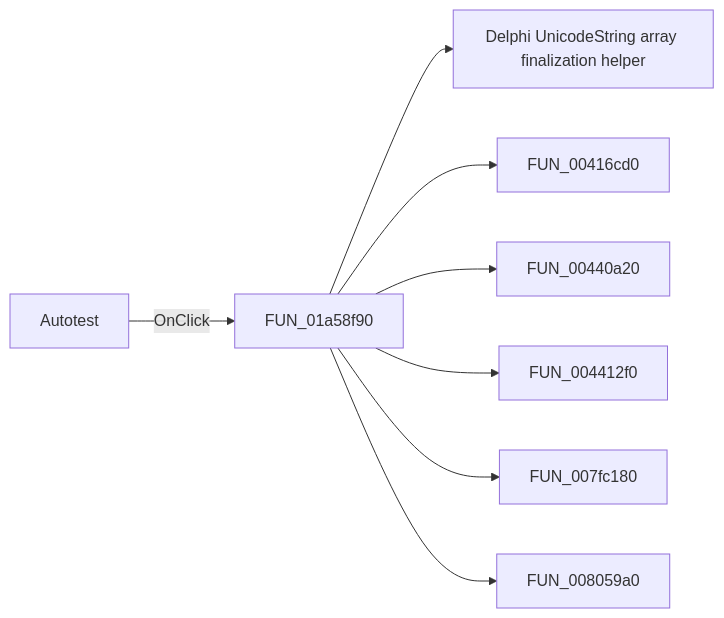
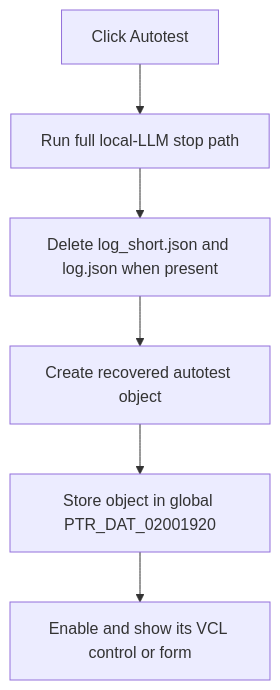
One commit to MovGP0/TIARA changed the diagram in docs/ui-controls/localllmform/mnautotest-fbf5b1e5f6.md. Above: the diagram before and after it, drawn with Mermaid. The commit also changed other lines of this file and 1062 other files, not shown here.

````diff
--- a/docs/ui-controls/localllmform/mnautotest-fbf5b1e5f6.md
+++ b/docs/ui-controls/localllmform/mnautotest-fbf5b1e5f6.md
@@ -27,10 +29,8 @@
 ```mermaid
-flowchart LR
-    control["Autotest"] -->|OnClick| handler["FUN_01a58f90"]
-    handler --> call1["Delphi UnicodeString array finalization helper"]
-    handler --> call2["FUN_00416cd0"]
-    handler --> call3["FUN_00440a20"]
-    handler --> call4["FUN_004412f0"]
-    handler --> call5["FUN_007fc180"]
-    handler --> call6["FUN_008059a0"]
+flowchart TD
+    control["Click Autotest"] --> stop["Run full local-LLM stop path"]
+    stop --> logs["Delete log_short.json and log.json when present"]
+    logs --> create["Create recovered autotest object"]
+    create --> global["Store object in global PTR_DAT_02001920"]
+    global --> show["Enable and show its VCL control or form"]
 ```
````
